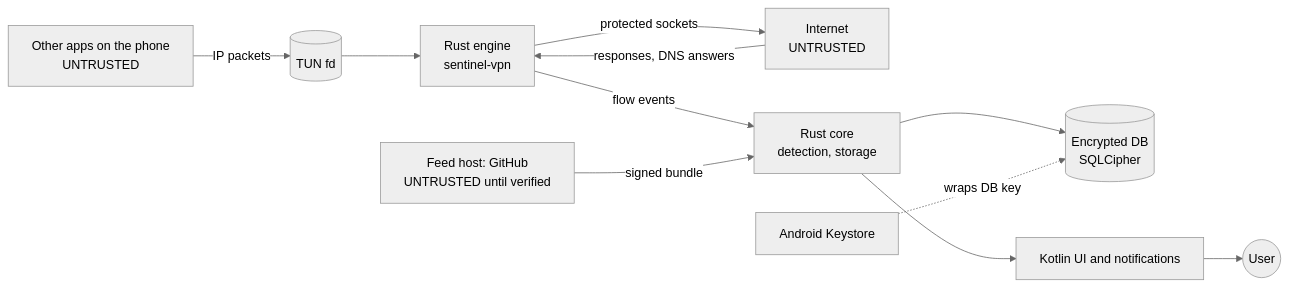
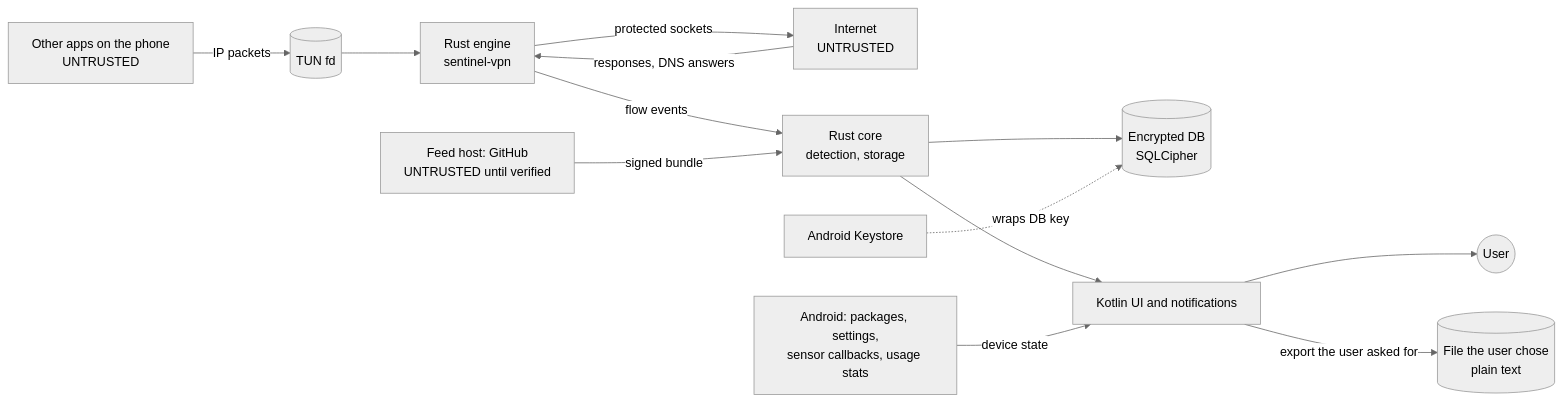
One commit to MalekHasan/Sentinel-SRS changed the diagram in docs/THREAT-MODEL-A.md. Above: the diagram before and after it, drawn with Mermaid (neutral theme). The commit also changed other lines of this file and 2 other files, not shown here.

````diff
--- a/docs/THREAT-MODEL-A.md
+++ b/docs/THREAT-MODEL-A.md
@@ -17,13 +17,15 @@
 ```mermaid
 flowchart LR
     Apps[Other apps on the phone<br/>UNTRUSTED] -- IP packets --> TUN[(TUN fd)]
     TUN --> Engine[Rust engine<br/>sentinel-vpn]
     Engine -- protected sockets --> Net[Internet<br/>UNTRUSTED]
     Net -- responses, DNS answers --> Engine
     Engine -- flow events --> Core[Rust core<br/>detection, storage]
     Feed[Feed host: GitHub<br/>UNTRUSTED until verified] -- signed bundle --> Core
     Core --> DB[(Encrypted DB<br/>SQLCipher)]
     Core --> UI[Kotlin UI and notifications]
     UI --> User((User))
+    Android[Android: packages, settings,<br/>sensor callbacks, usage stats] -- device state --> UI
+    UI -- export the user asked for --> File[(File the user chose<br/>plain text)]
     Keystore[Android Keystore] -. wraps DB key .-> DB
 ```
````
